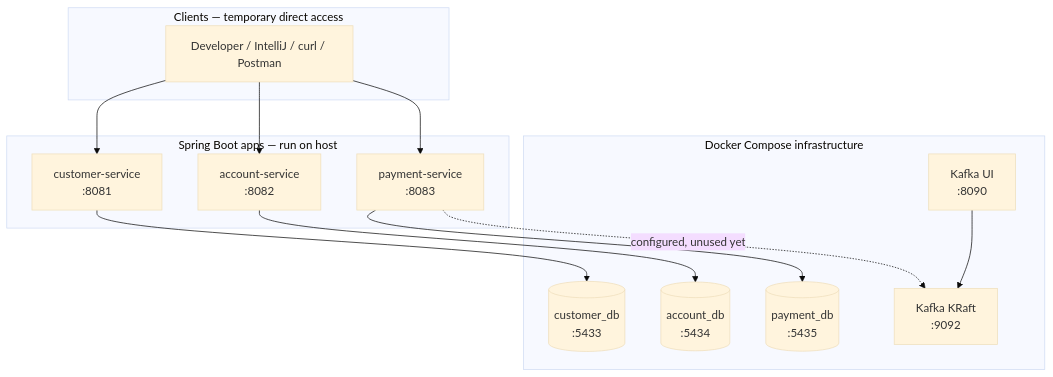
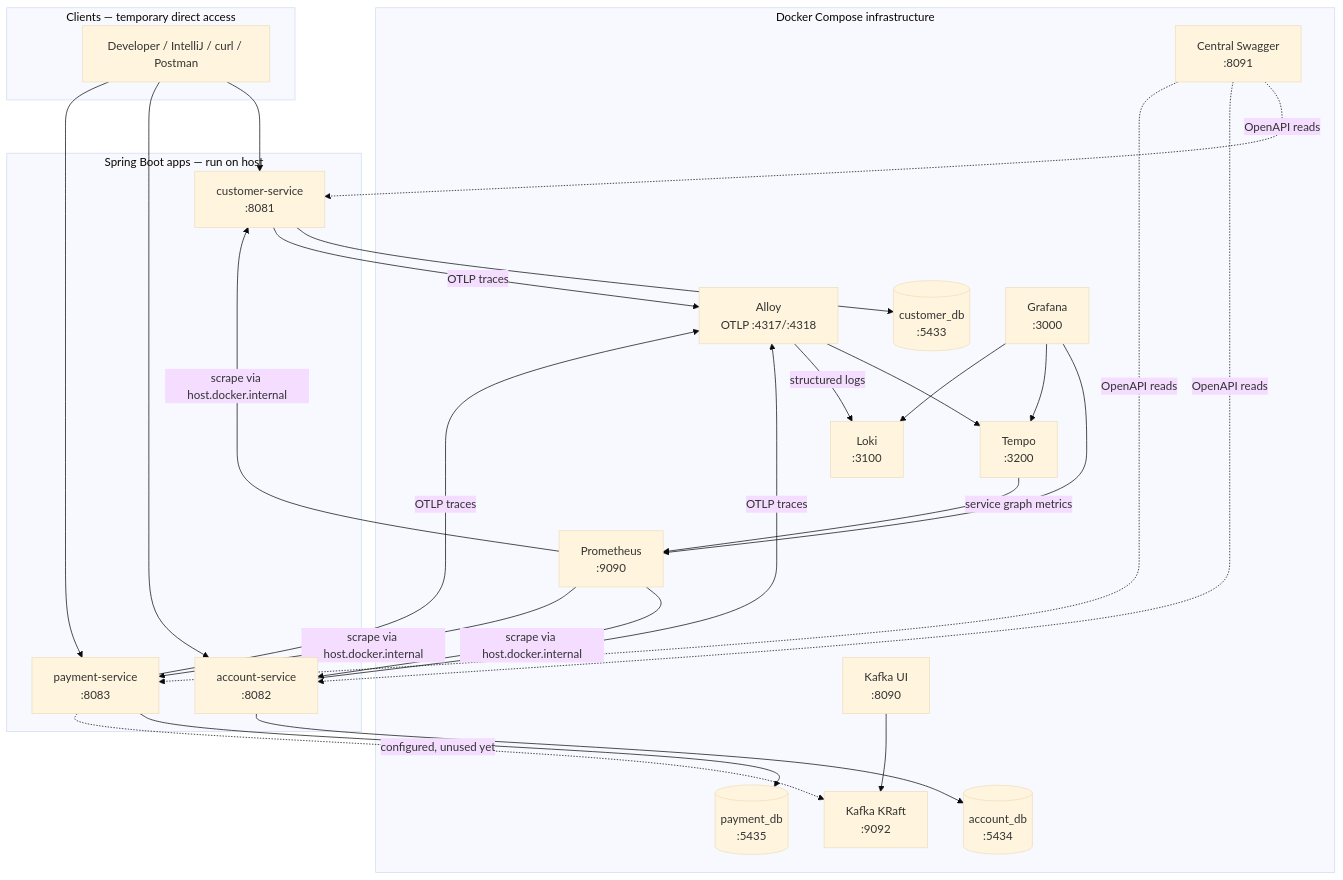
The first of 7 diagrams in docs/architecture-diagram.md (nirmalnaik/TreasuryHub), drawn with Mermaid (base theme) before and after one commit. The commit also changed other lines of this file and 19 other files, not shown here.

````diff
--- a/docs/architecture-diagram.md
+++ b/docs/architecture-diagram.md
@@ -30,30 +30,43 @@
 ```mermaid
 flowchart TB
     subgraph Clients["Clients — temporary direct access"]
         Dev["Developer / IntelliJ / curl / Postman"]
     end
 
     subgraph Apps["Spring Boot apps — run on host"]
         CS["customer-service<br/>:8081"]
         AS["account-service<br/>:8082"]
         PS["payment-service<br/>:8083"]
     end
 
     subgraph Infra["Docker Compose infrastructure"]
         CDB[("customer_db<br/>:5433")]
         ADB[("account_db<br/>:5434")]
         PDB[("payment_db<br/>:5435")]
         K["Kafka KRaft<br/>:9092"]
         KUI["Kafka UI<br/>:8090"]
+        SW["Central Swagger<br/>:8091"]
+        ALLOY["Alloy<br/>OTLP :4317/:4318"]
+        TEMPO["Tempo<br/>:3200"]
+        PROM["Prometheus<br/>:9090"]
+        LOKI["Loki<br/>:3100"]
+        GRAFANA["Grafana<br/>:3000"]
     end
 
     Dev --> CS
     Dev --> AS
     Dev --> PS
 
     CS --> CDB
     AS --> ADB
     PS --> PDB
     PS -. configured, unused yet .-> K
     KUI --> K
+    SW -. OpenAPI reads .-> CS & AS & PS
+    CS & AS & PS -->|OTLP traces| ALLOY
+    ALLOY --> TEMPO
+    PROM -->|scrape via host.docker.internal| CS & AS & PS
+    ALLOY -->|structured logs| LOKI
+    TEMPO -->|service graph metrics| PROM
+    GRAFANA --> PROM & TEMPO & LOKI
 ```
````
